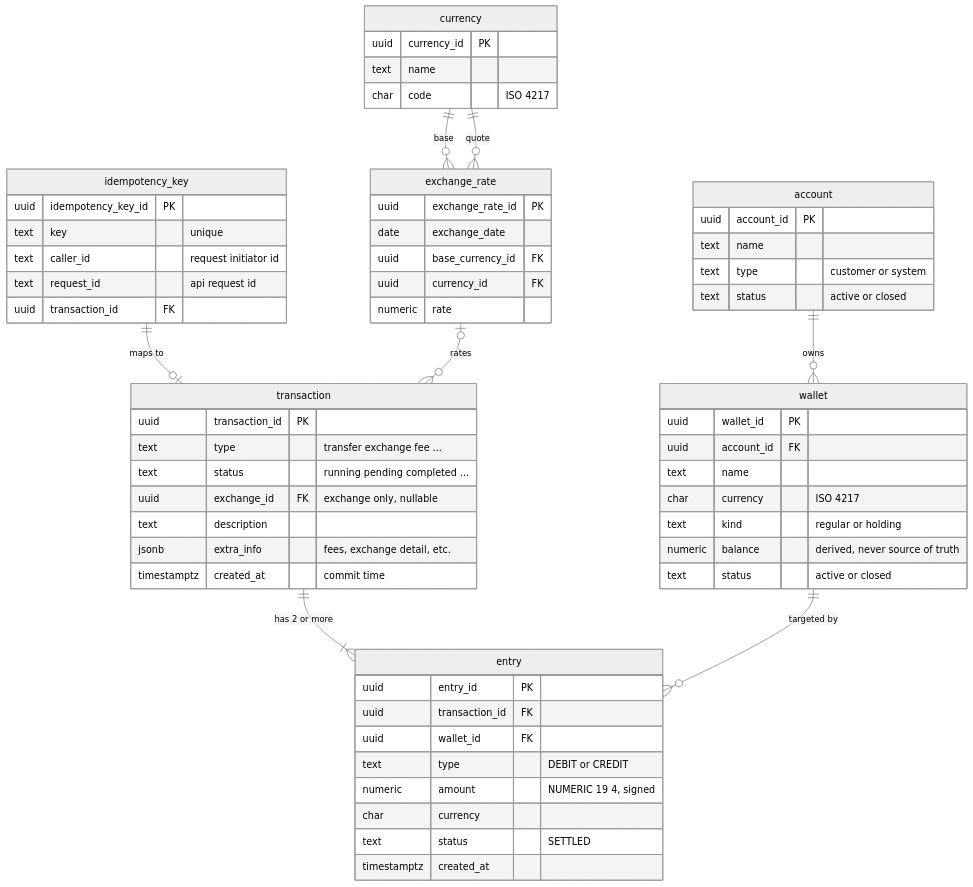
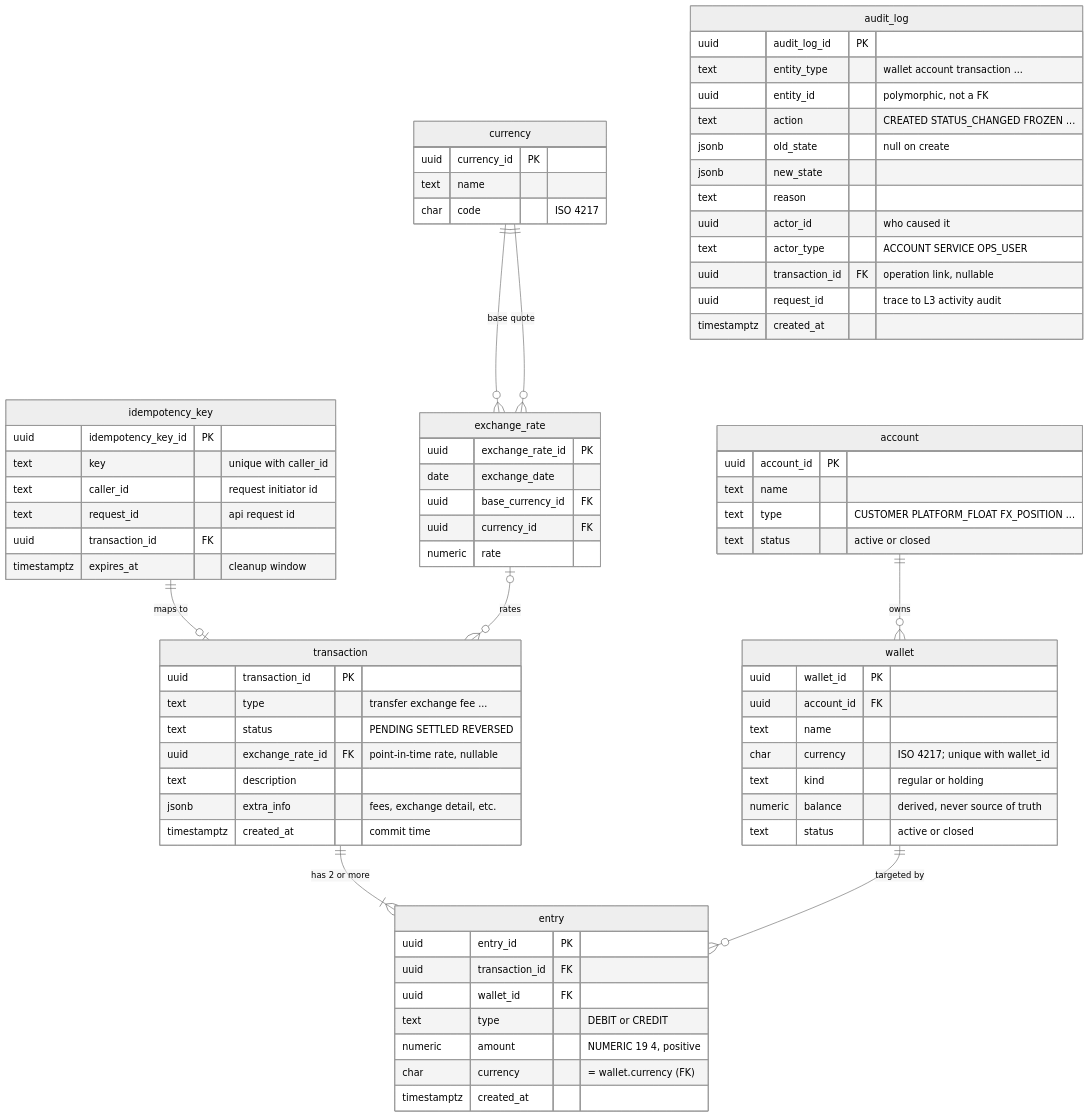
Before and after one commit to buiductri/vietpay_assessment: the diagram in docs/ERD.md, drawn with Mermaid (neutral theme). The commit also changed other lines of this file and 3 other files, not shown here.

Commit message:
ERD - AI expansion and audit with grill session

````diff
--- a/docs/ERD.md
+++ b/docs/ERD.md
@@ -27,64 +32,78 @@
 ```mermaid
 erDiagram
   account          ||--o{ wallet        : "owns"
   transaction      ||--|{ entry         : "has 2 or more"
   wallet           ||--o{ entry         : "targeted by"
   idempotency_key  ||--o| transaction   : "maps to"
   exchange_rate    |o--o{ transaction   : "rates"
   currency         ||--o{ exchange_rate : "base"
   currency         ||--o{ exchange_rate : "quote"
 
   account {
     uuid        account_id  PK
     text        name
-    text        type        "customer or system"
+    text        type        "CUSTOMER PLATFORM_FLOAT FX_POSITION ..."
     text        status      "active or closed"
   }
   wallet {
     uuid        wallet_id   PK
     uuid        account_id  FK
     text        name
-    char        currency    "ISO 4217"
+    char        currency    "ISO 4217; unique with wallet_id"
     text        kind        "regular or holding"
     numeric     balance     "derived, never source of truth"
     text        status      "active or closed"
   }
   transaction {
     uuid        transaction_id PK
     text        type           "transfer exchange fee ..."
-    text        status         "running pending completed ..."
-    uuid        exchange_id    FK "exchange only, nullable"
+    text        status         "PENDING SETTLED REVERSED"
+    uuid        exchange_rate_id FK "point-in-time rate, nullable"
     text        description
     jsonb       extra_info     "fees, exchange detail, etc."
     timestamptz created_at      "commit time"
   }
   entry {
     uuid        entry_id        PK
     uuid        transaction_id  FK
     uuid        wallet_id       FK
     text        type            "DEBIT or CREDIT"
-    numeric     amount          "NUMERIC 19 4, signed"
-    char        currency
-    text        status          "SETTLED"
+    numeric     amount          "NUMERIC 19 4, positive"
+    char        currency        "= wallet.currency (FK)"
     timestamptz created_at
   }
   idempotency_key {
     uuid        idempotency_key_id PK
-    text        key                "unique"
+    text        key                "unique with caller_id"
     text        caller_id          "request initiator id"
     text        request_id         "api request id"
     uuid        transaction_id     FK
+    timestamptz expires_at         "cleanup window"
   }
   exchange_rate {
     uuid        exchange_rate_id  PK
     date        exchange_date
     uuid        base_currency_id  FK
     uuid        currency_id       FK
     numeric     rate
   }
   currency {
     uuid currency_id PK
     text name
     char code        "ISO 4217"
   }
+  audit_log {
+    uuid        audit_log_id   PK
+    text        entity_type    "wallet account transaction ..."
+    uuid        entity_id      "polymorphic, not a FK"
+    text        action         "CREATED STATUS_CHANGED FROZEN ..."
+    jsonb       old_state      "null on create"
+    jsonb       new_state
+    text        reason
+    uuid        actor_id       "who caused it"
+    text        actor_type     "ACCOUNT SERVICE OPS_USER"
+    uuid        transaction_id FK "operation link, nullable"
+    uuid        request_id     "trace to L3 activity audit"
+    timestamptz created_at
+  }
 ```
````
